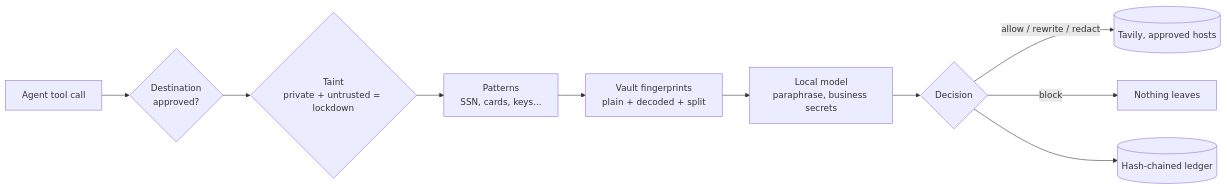
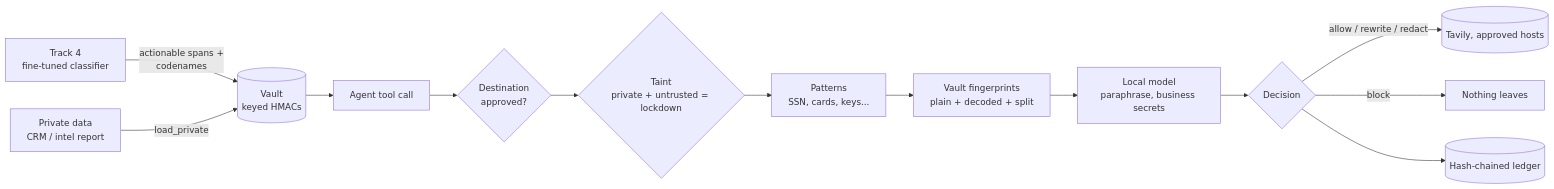
One commit to Harshith-03/LeakGate changed the diagram in README.md. Above: the diagram before and after it, drawn with Mermaid. The commit also changed other lines of this file and 7 other files, not shown here.

````diff
--- a/README.md
+++ b/README.md
@@ -47,12 +47,15 @@
 ```mermaid
 flowchart LR
+  T4[Track 4<br/>fine-tuned classifier] -->|actionable spans +<br/>codenames| V
+  CRM[Private data<br/>CRM / intel report] -->|load_private| V[(Vault<br/>keyed HMACs)]
+  V --> A
   A[Agent tool call] --> D{Destination<br/>approved?}
-  D --> T{Taint<br/>private + untrusted = lockdown}
-  T --> P[Patterns<br/>SSN, cards, keys...]
+  D --> TA{Taint<br/>private + untrusted = lockdown}
+  TA --> P[Patterns<br/>SSN, cards, keys...]
   P --> F[Vault fingerprints<br/>plain + decoded + split]
   F --> C[Local model<br/>paraphrase, business secrets]
   C --> X{Decision}
   X -->|allow / rewrite / redact| OUT[(Tavily, approved hosts)]
   X -->|block| STOP[Nothing leaves]
   X --> L[(Hash-chained ledger)]
 ```
````
